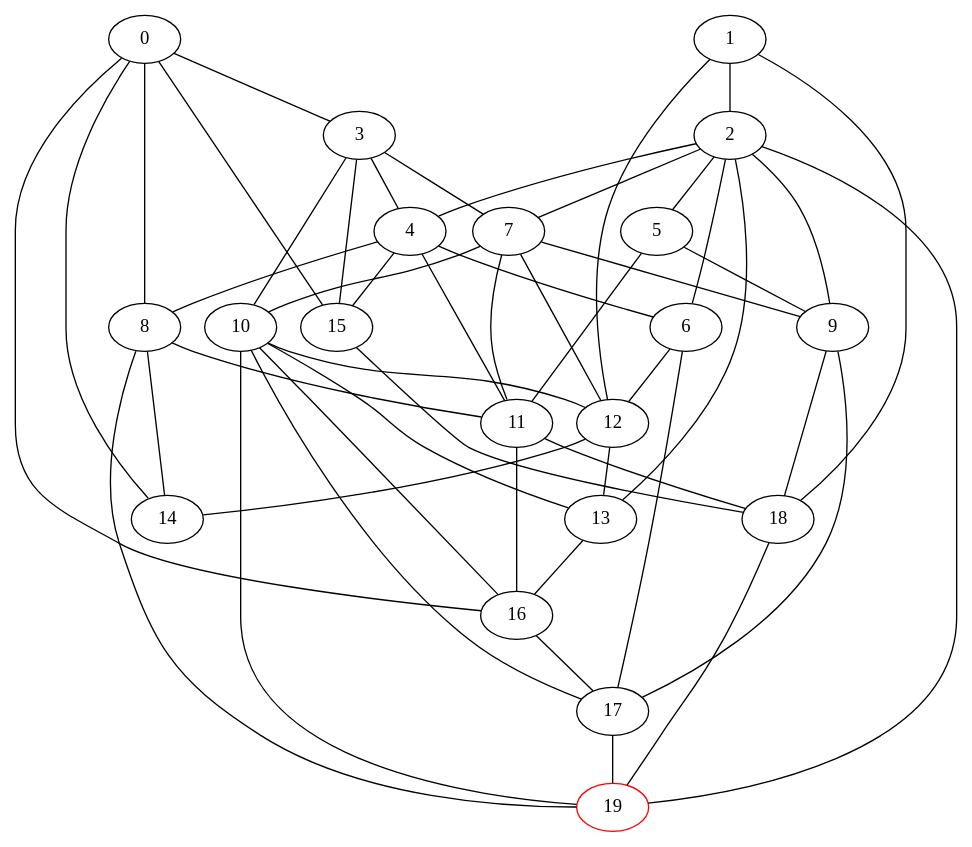
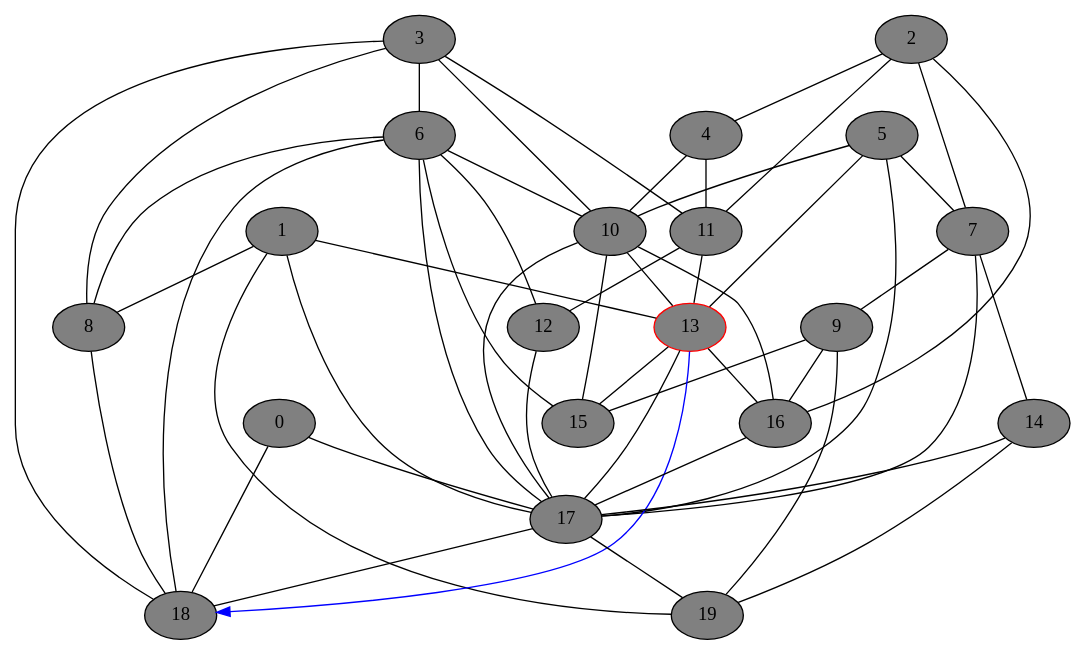
The diagram in gv_graphs/nxt0275.dot (DSMishler/EBA_models), drawn with Graphviz before and after one commit. The commit also changed 1043 other files, not shown here.

Commit message:
second set of graphs

```diff
--- a/gv_graphs/nxt0275.dot
+++ b/gv_graphs/nxt0275.dot
@@ -1,74 +1,74 @@
 // network test graph
 digraph
 {
-	0 [fillcolor=gray,style=shaded,]
-	1 [fillcolor=gray,style=shaded,]
-	2 [fillcolor=gray,style=shaded,]
-	3 [fillcolor=gray,style=shaded,]
-	4 [fillcolor=gray,style=shaded,]
-	5 [fillcolor=gray,style=shaded,]
-	6 [fillcolor=gray,style=shaded,]
-	7 [fillcolor=gray,style=shaded,]
-	8 [fillcolor=gray,style=shaded,]
-	9 [fillcolor=gray,style=shaded,]
-	10 [fillcolor=gray,style=shaded,]
-	11 [fillcolor=gray,style=shaded,]
-	12 [fillcolor=gray,style=shaded,]
-	13 [fillcolor=gray,style=shaded,]
-	14 [fillcolor=gray,style=shaded,]
-	15 [fillcolor=gray,style=shaded,]
-	16 [fillcolor=gray,style=shaded,]
-	17 [fillcolor=gray,style=shaded,]
-	18 [fillcolor=gray,style=shaded,]
-	19 [fillcolor=gray,style=shaded,color=red,]
-	0 -> 3 [dir=none]
-	0 -> 8 [dir=none]
-	0 -> 14 [dir=none]
-	0 -> 15 [dir=none]
-	0 -> 16 [dir=none]
-	1 -> 2 [dir=none]
-	1 -> 12 [dir=none]
-	1 -> 18 [dir=none]
+	0 [fillcolor=gray,style=filled,]
+	1 [fillcolor=gray,style=filled,]
+	2 [fillcolor=gray,style=filled,]
+	3 [fillcolor=gray,style=filled,]
+	4 [fillcolor=gray,style=filled,]
+	5 [fillcolor=gray,style=filled,]
+	6 [fillcolor=gray,style=filled,]
+	7 [fillcolor=gray,style=filled,]
+	8 [fillcolor=gray,style=filled,]
+	9 [fillcolor=gray,style=filled,]
+	10 [fillcolor=gray,style=filled,]
+	11 [fillcolor=gray,style=filled,]
+	12 [fillcolor=gray,style=filled,]
+	13 [fillcolor=gray,style=filled,color=red,]
+	14 [fillcolor=gray,style=filled,]
+	15 [fillcolor=gray,style=filled,]
+	16 [fillcolor=gray,style=filled,]
+	17 [fillcolor=gray,style=filled,]
+	18 [fillcolor=gray,style=filled,]
+	19 [fillcolor=gray,style=filled,]
+	0 -> 17 [dir=none]
+	0 -> 18 [dir=none]
+	1 -> 8 [dir=none]
+	1 -> 13 [dir=none]
+	1 -> 17 [dir=none]
+	1 -> 19 [dir=none]
 	2 -> 4 [dir=none]
-	2 -> 5 [dir=none]
-	2 -> 6 [dir=none]
 	2 -> 7 [dir=none]
-	2 -> 9 [dir=none]
-	2 -> 13 [dir=none]
-	2 -> 19 [dir=none]
-	3 -> 4 [dir=none]
-	3 -> 7 [dir=none]
+	2 -> 11 [dir=none]
+	2 -> 16 [dir=none]
+	3 -> 6 [dir=none]
+	3 -> 8 [dir=none]
 	3 -> 10 [dir=none]
-	3 -> 15 [dir=none]
-	4 -> 6 [dir=none]
-	4 -> 8 [dir=none]
+	3 -> 11 [dir=none]
+	3 -> 18 [dir=none]
+	4 -> 10 [dir=none]
 	4 -> 11 [dir=none]
-	4 -> 15 [dir=none]
-	5 -> 9 [dir=none]
-	5 -> 11 [dir=none]
+	5 -> 7 [dir=none]
+	5 -> 10 [dir=none]
+	5 -> 13 [dir=none]
+	5 -> 17 [dir=none]
+	6 -> 8 [dir=none]
+	6 -> 10 [dir=none]
 	6 -> 12 [dir=none]
+	6 -> 15 [dir=none]
 	6 -> 17 [dir=none]
+	6 -> 18 [dir=none]
 	7 -> 9 [dir=none]
-	7 -> 10 [dir=none]
-	7 -> 11 [dir=none]
-	7 -> 12 [dir=none]
-	8 -> 11 [dir=none]
-	8 -> 14 [dir=none]
-	8 -> 19 [dir=none]
-	9 -> 17 [dir=none]
-	9 -> 18 [dir=none]
-	10 -> 12 [dir=none]
+	7 -> 14 [dir=none]
+	7 -> 17 [dir=none]
+	8 -> 18 [dir=none]
+	9 -> 15 [dir=none]
+	9 -> 16 [dir=none]
+	9 -> 19 [dir=none]
 	10 -> 13 [dir=none]
+	10 -> 15 [dir=none]
 	10 -> 16 [dir=none]
 	10 -> 17 [dir=none]
-	10 -> 19 [dir=none]
-	11 -> 16 [dir=none]
-	11 -> 18 [dir=none]
-	12 -> 13 [dir=none]
-	12 -> 14 [dir=none]
+	11 -> 12 [dir=none]
+	11 -> 13 [dir=none]
+	12 -> 17 [dir=none]
+	13 -> 15 [dir=none]
 	13 -> 16 [dir=none]
-	15 -> 18 [dir=none]
+	13 -> 17 [dir=none]
+	13 -> 18 [dir=forward,color=blue,]
+	14 -> 17 [dir=none]
+	14 -> 19 [dir=none]
 	16 -> 17 [dir=none]
+	17 -> 18 [dir=none]
 	17 -> 19 [dir=none]
-	18 -> 19 [dir=none]
 }
```
